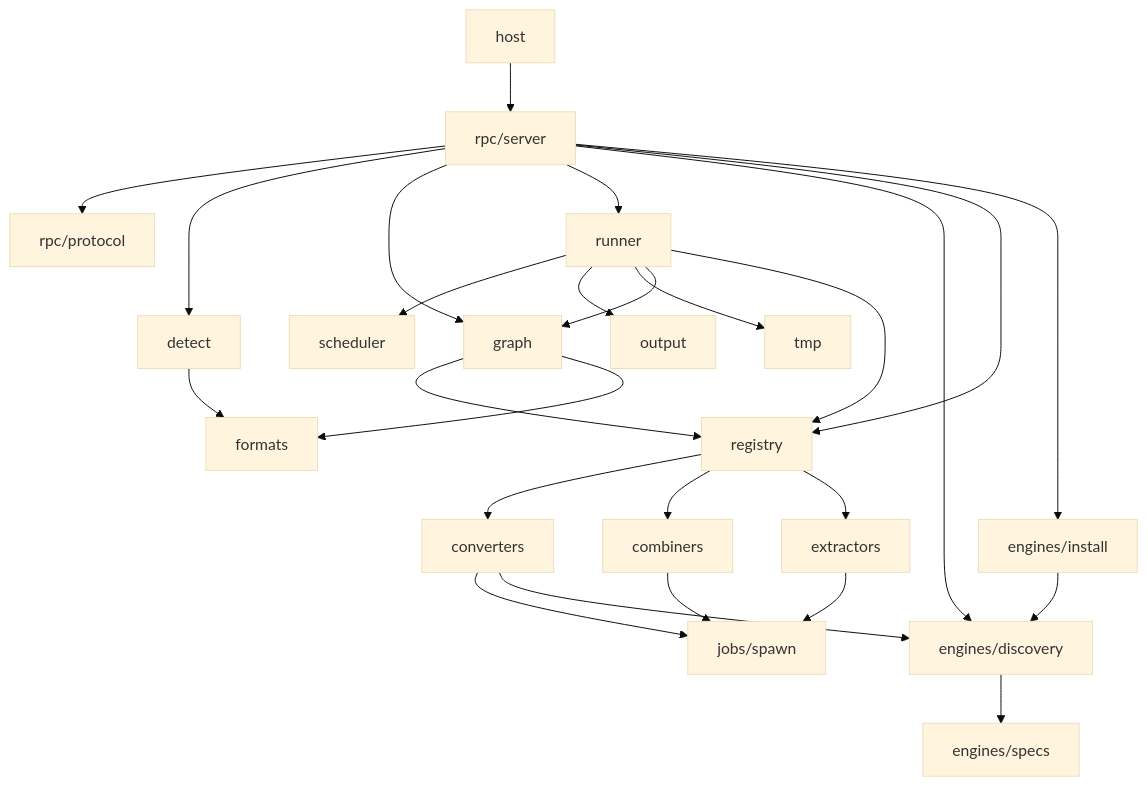
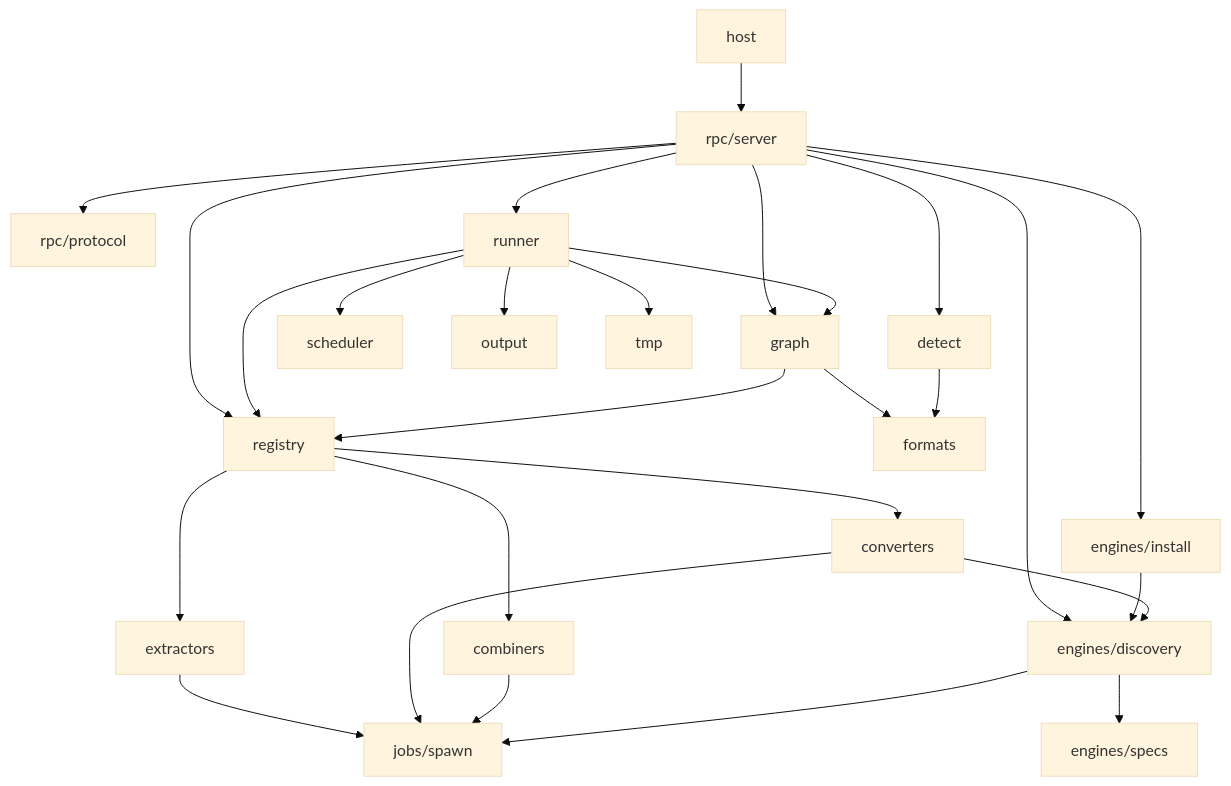
One commit to Anuragvish22/FileCon changed the second of 2 diagrams in docs/ARCHITECTURE.md. Above: the diagram before and after it, drawn with Mermaid (base theme). The commit also changed other lines of this file and 5 other files, not shown here.

````diff
--- a/docs/ARCHITECTURE.md
+++ b/docs/ARCHITECTURE.md
@@ -107,15 +107,15 @@
 ```mermaid
 flowchart TD
   host --> server["rpc/server"]
   server --> protocol["rpc/protocol"]
   server --> detect & routing["graph"] & runner & discovery["engines/discovery"] & registry & install["engines/install"]
   install --> discovery
   runner --> scheduler & output & tmp & routing & registry
   routing --> registry & formats
   detect --> formats
   registry --> converters & combiners & extractors
   extractors --> spawn
   converters --> spawn["jobs/spawn"] & discovery
   combiners --> spawn
-  discovery --> specs["engines/specs"]
+  discovery --> specs["engines/specs"] & spawn
 ```
````
